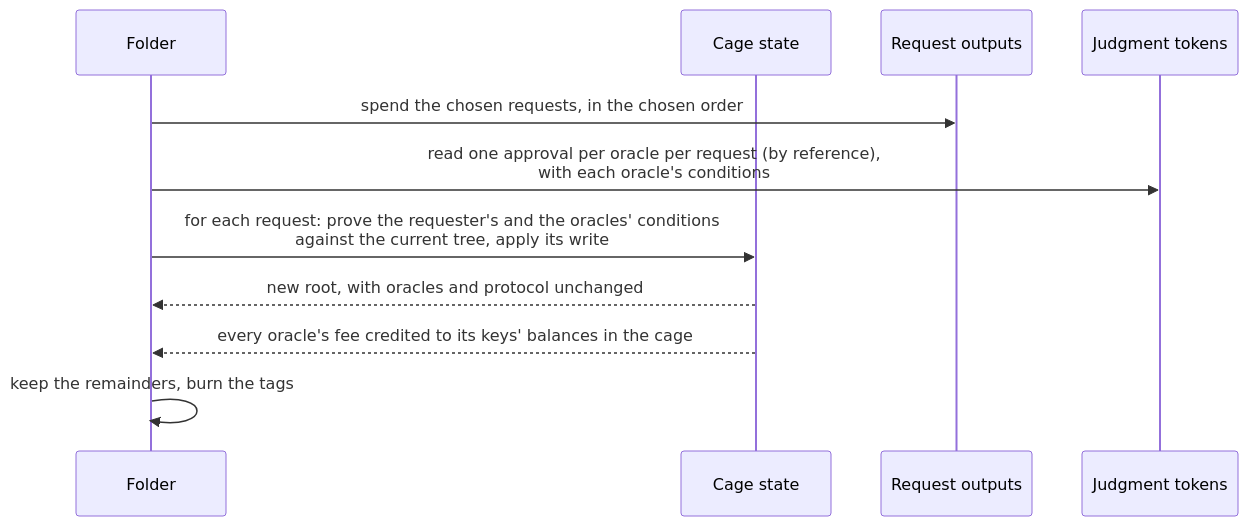
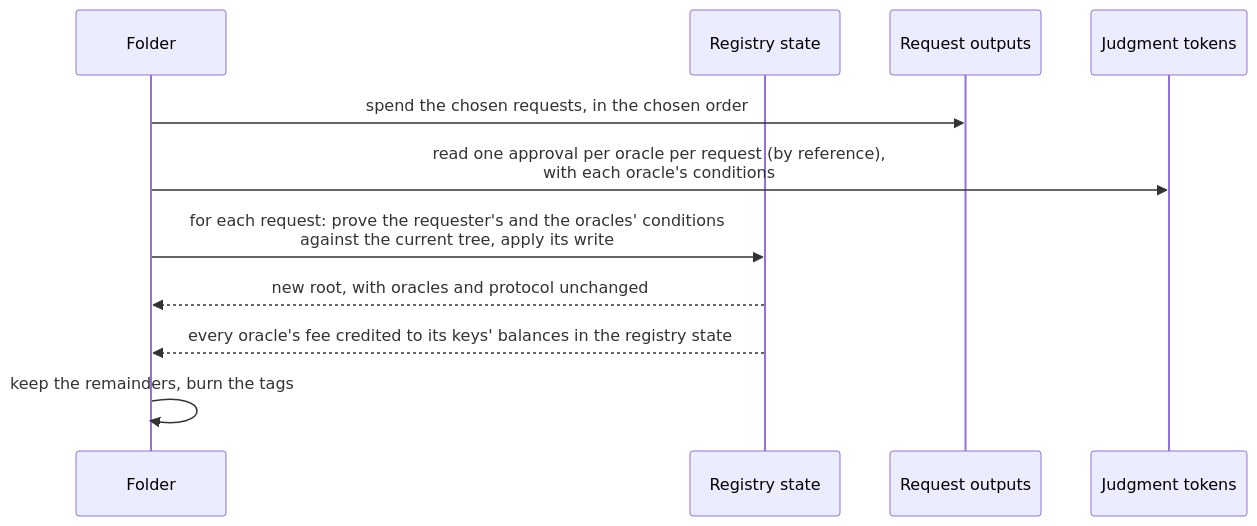
The fifth of 7 diagrams in docs/design/registries/lifecycle.md (cardano-foundation/cardano-mpfs-onchain), drawn with Mermaid before and after one commit. The commit also changed other lines of this file and 8 other files, not shown here.

Commit message:
docs: call the on-chain output the registry state, not the cage

````diff
--- a/docs/design/registries/lifecycle.md
+++ b/docs/design/registries/lifecycle.md
@@ -95,13 +95,13 @@
 ```mermaid
 sequenceDiagram
   participant F as Folder
-  participant C as Cage state
+  participant C as Registry state
   participant Q as Request outputs
   participant J as Judgment tokens
   F->>Q: spend the chosen requests, in the chosen order
   F->>J: read one approval per oracle per request (by reference),<br/>with each oracle's conditions
   F->>C: for each request: prove the requester's and the oracles' conditions<br/>against the current tree, apply its write
   C-->>F: new root, with oracles and protocol unchanged
-  C-->>F: every oracle's fee credited to its keys' balances in the cage
+  C-->>F: every oracle's fee credited to its keys' balances in the registry state
   F->>F: keep the remainders, burn the tags
 ```
````
